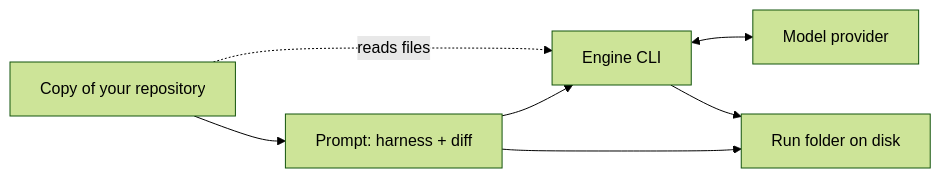
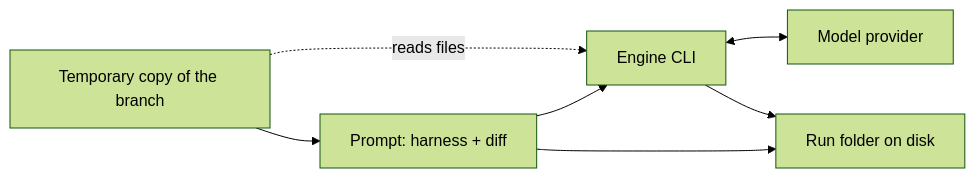
Before and after one commit to nico0695/sentinel-kit: the diagram in docs/privacy.md, drawn with Mermaid (forest theme). The commit also changed other lines of this file and 5 other files, not shown here.

````diff
--- a/docs/privacy.md
+++ b/docs/privacy.md
@@ -17,9 +17,9 @@
 ```mermaid
 flowchart LR
-  A[Copy of your repository] --> B[Prompt: harness + diff]
+  A[Temporary copy of the branch] --> B[Prompt: harness + diff]
   B --> C[Engine CLI]
   A -. reads files .-> C
   C <--> D[Model provider]
   B --> E[Run folder on disk]
   C --> E
 ```
````
